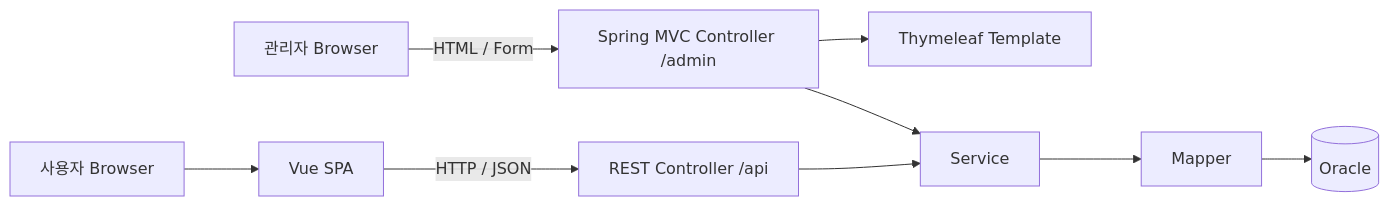
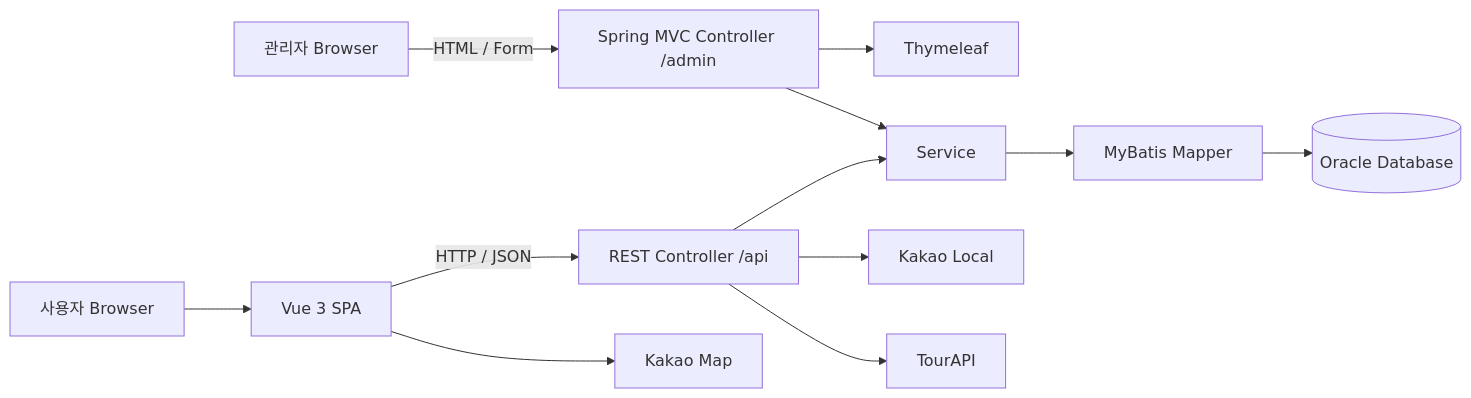
Before and after one commit to noblesi/travel-planner: the diagram in README.md, drawn with Mermaid. The commit also changed other lines of this file, not shown here.

````diff
--- a/README.md
+++ b/README.md
@@ -22,11 +84,17 @@
 ```mermaid
 flowchart LR
-    U[사용자 Browser] --> V[Vue SPA]
-    V -->|HTTP / JSON| A["REST Controller /api"]
-    M[관리자 Browser] -->|HTML / Form| C["Spring MVC Controller /admin"]
-    C --> T["Thymeleaf Template"]
+    U[사용자 Browser] --> V[Vue 3 SPA]
+    V -->|HTTP / JSON| A[REST Controller /api]
+
+    M[관리자 Browser] -->|HTML / Form| C[Spring MVC Controller /admin]
+    C --> T[Thymeleaf]
+
     A --> S[Service]
     C --> S
-    S --> D[Mapper]
-    D --> E[(Oracle)]
+    S --> D[MyBatis Mapper]
+    D --> DB[(Oracle Database)]
+
+    A --> K[Kakao Local]
+    A --> O[TourAPI]
+    V --> KM[Kakao Map]
 ```
````
